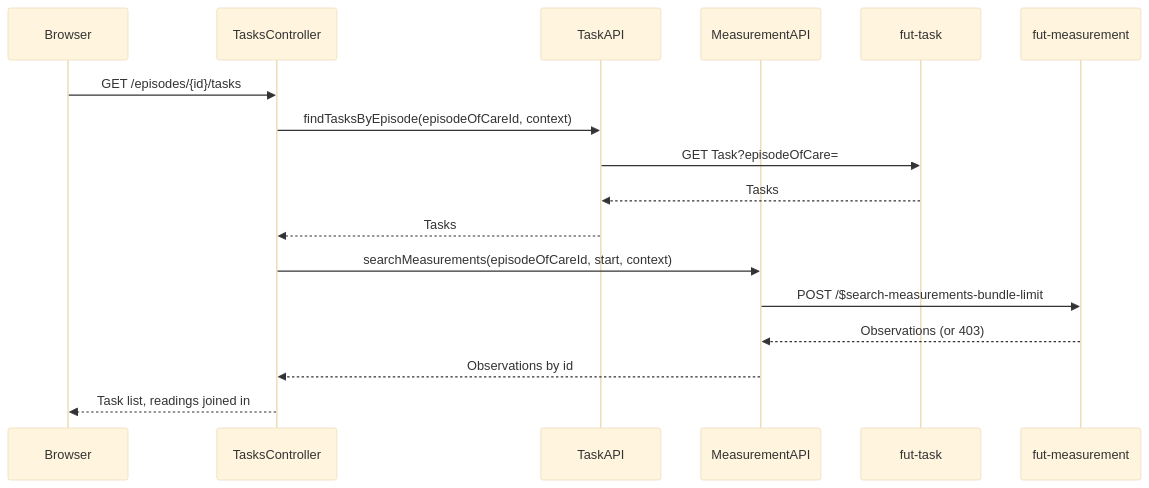
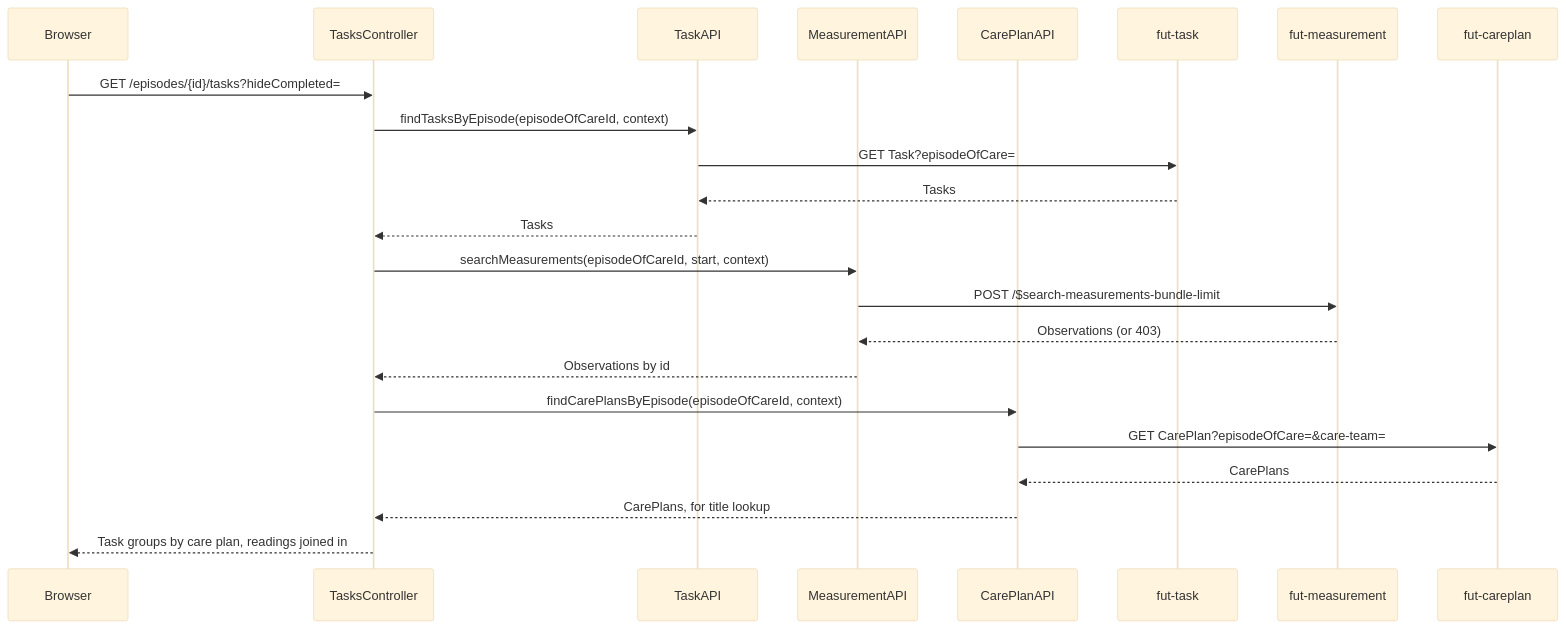
The diagram in clinician-client/docs/tasks.md (fut-infrastructure/ehealth-reference-clients), drawn with Mermaid (base theme) before and after one commit. The commit also changed other lines of this file and 41 other files, not shown here.

Commit message:
feat: replace citizen task list with platform-created tasks and group clinician tasks by care plan

````diff
--- a/clinician-client/docs/tasks.md
+++ b/clinician-client/docs/tasks.md
@@ -17,19 +24,25 @@
 ```mermaid
 sequenceDiagram
     participant Browser
     participant TasksController
     participant TaskAPI
     participant MeasurementAPI
+    participant CarePlanAPI
     participant task as fut-task
     participant measurement as fut-measurement
-    Browser ->> TasksController: GET /episodes/{id}/tasks
+    participant careplan as fut-careplan
+    Browser ->> TasksController: GET /episodes/{id}/tasks?hideCompleted=
     TasksController ->> TaskAPI: findTasksByEpisode(episodeOfCareId, context)
     TaskAPI ->> task: GET Task?episodeOfCare=
     task -->> TaskAPI: Tasks
     TaskAPI -->> TasksController: Tasks
     TasksController ->> MeasurementAPI: searchMeasurements(episodeOfCareId, start, context)
     MeasurementAPI ->> measurement: POST /$search-measurements-bundle-limit
     measurement -->> MeasurementAPI: Observations (or 403)
     MeasurementAPI -->> TasksController: Observations by id
-    TasksController -->> Browser: Task list, readings joined in
+    TasksController ->> CarePlanAPI: findCarePlansByEpisode(episodeOfCareId, context)
+    CarePlanAPI ->> careplan: GET CarePlan?episodeOfCare=&care-team=
+    careplan -->> CarePlanAPI: CarePlans
+    CarePlanAPI -->> TasksController: CarePlans, for title lookup
+    TasksController -->> Browser: Task groups by care plan, readings joined in
 ```
````
